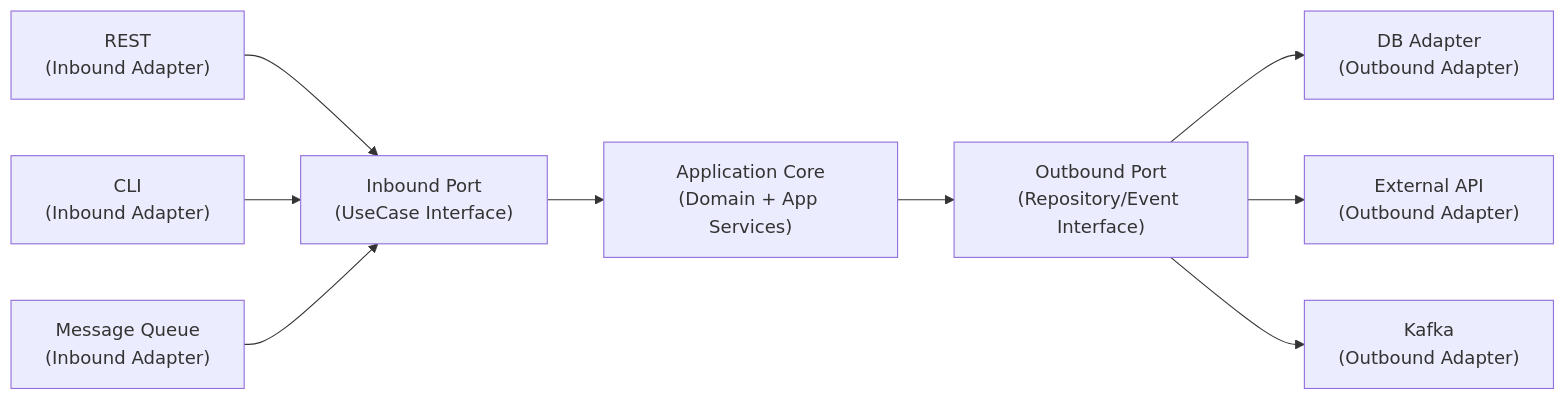
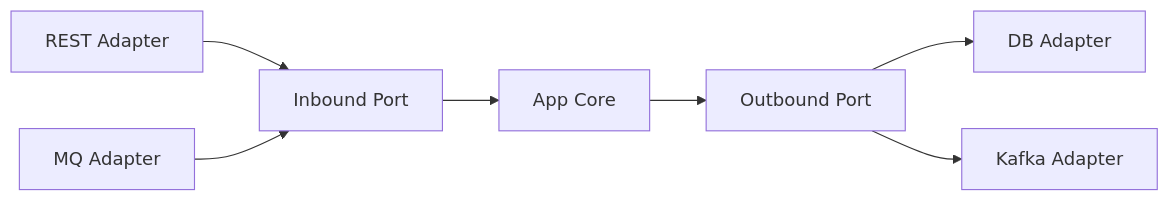
Before and after one commit to yjkim2015/yjkim2015.github.io: the sixth of 8 diagrams in _posts/architecture/2026-05-12-layered-clean-onion.md, drawn with Mermaid. The commit also changed other lines of this file and 245 other files, not shown here.

First line of the commit message:
Mermaid 다이어그램 전면 수정 + 면접 포인트 접기/펼치기 + DB 데드락 페이지

````diff
--- a/_posts/architecture/2026-05-12-layered-clean-onion.md
+++ b/_posts/architecture/2026-05-12-layered-clean-onion.md
@@ -230,18 +220,9 @@
 ```mermaid
 graph LR
-    REST["REST\n(Inbound Adapter)"]
-    CLI["CLI\n(Inbound Adapter)"]
-    MQ["Message Queue\n(Inbound Adapter)"]
-
-    REST --> IP["Inbound Port\n(UseCase Interface)"]
-    CLI --> IP
-    MQ --> IP
-
-    IP --> CORE["Application Core\n(Domain + App Services)"]
-
-    CORE --> OP["Outbound Port\n(Repository/Event Interface)"]
-
-    OP --> DB["DB Adapter\n(Outbound Adapter)"]
-    OP --> EXT["External API\n(Outbound Adapter)"]
-    OP --> KF["Kafka\n(Outbound Adapter)"]
+    REST["REST Adapter"] --> IP["Inbound Port"]
+    MQ["MQ Adapter"] --> IP
+    IP --> CORE["App Core"]
+    CORE --> OP["Outbound Port"]
+    OP --> DB["DB Adapter"]
+    OP --> KF["Kafka Adapter"]
 ```
````
